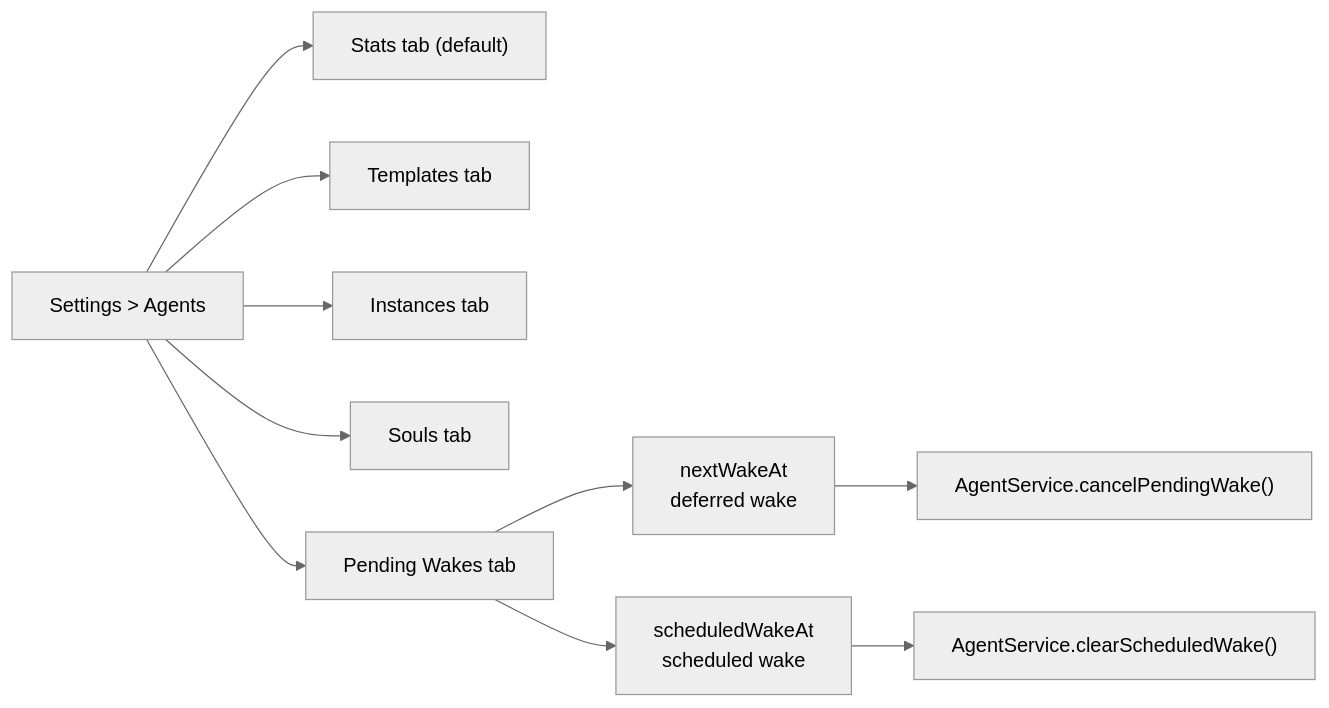
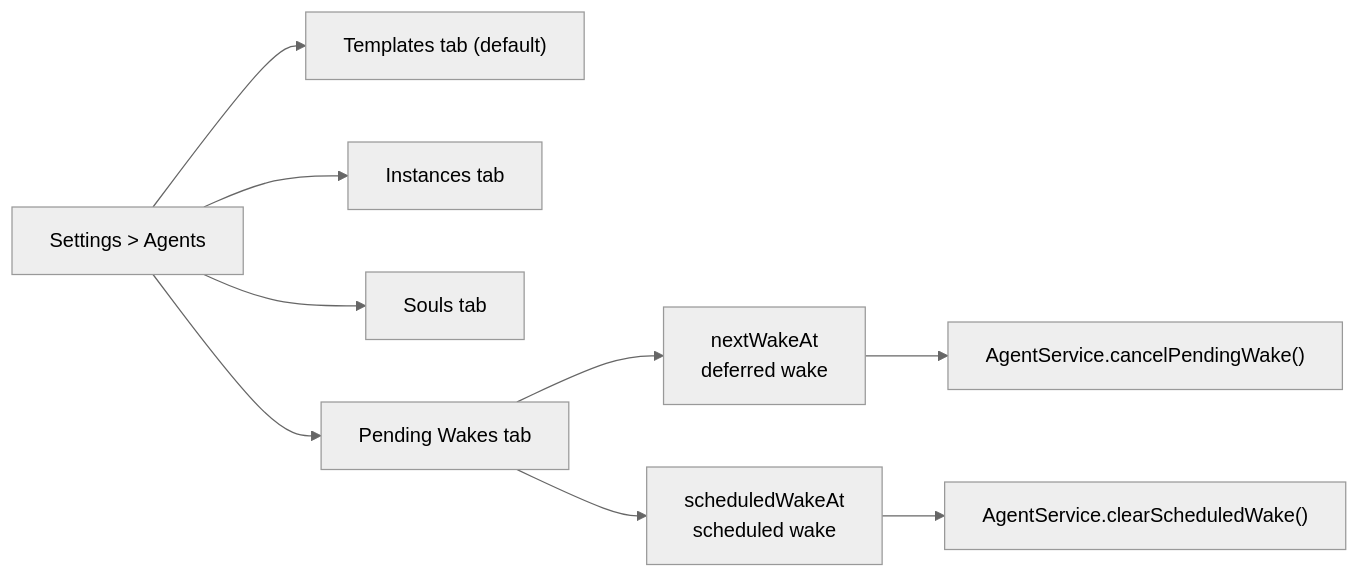
The seventh of 24 diagrams in lib/features/agents/README.md (matthiasn/lotti), drawn with Mermaid (neutral theme) before and after one commit. The commit also changed other lines of this file and 74 other files, not shown here.

````diff
--- a/lib/features/agents/README.md
+++ b/lib/features/agents/README.md
@@ -379,14 +378,13 @@
 ```mermaid
 flowchart LR
-  Settings["Settings > Agents"] --> Stats["Stats tab (default)"]
-  Settings --> Templates["Templates tab"]
+  Settings["Settings > Agents"] --> Templates["Templates tab (default)"]
   Settings --> Instances["Instances tab"]
   Settings --> Souls["Souls tab"]
   Settings --> Pending["Pending Wakes tab"]
 
   Pending --> Throttle["nextWakeAt<br/>deferred wake"]
   Pending --> Schedule["scheduledWakeAt<br/>scheduled wake"]
 
   Throttle --> CancelPending["AgentService.cancelPendingWake()"]
   Schedule --> ClearScheduled["AgentService.clearScheduledWake()"]
 ```
````
